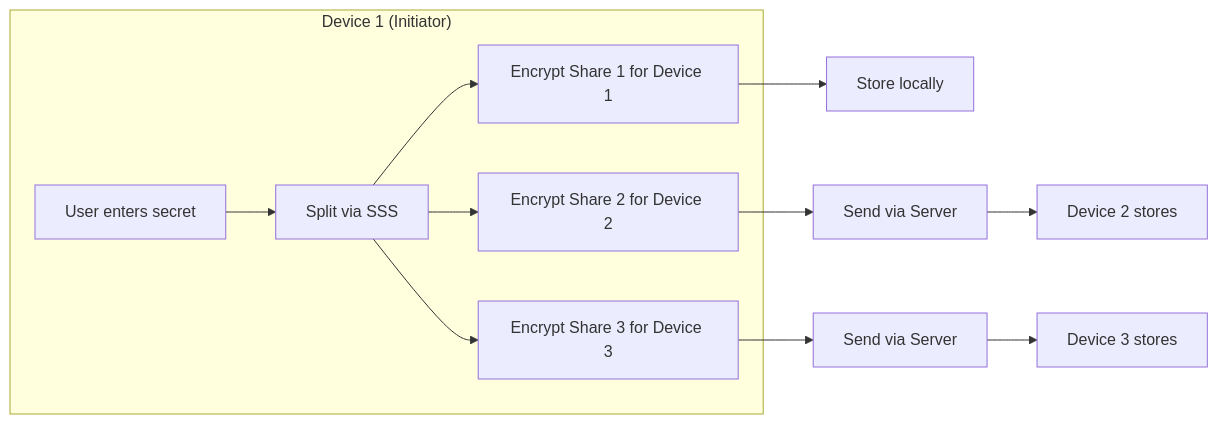
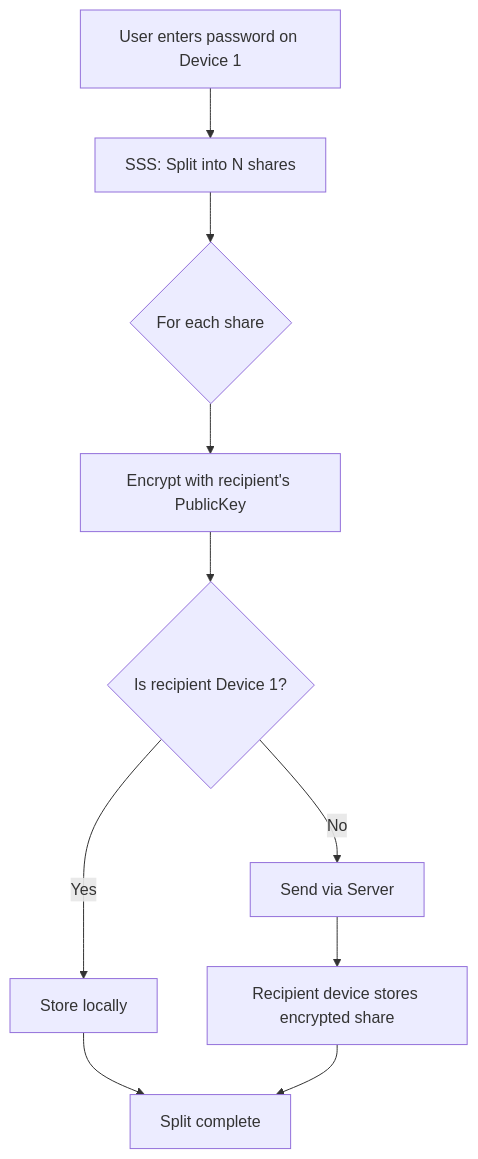
Before and after one commit to meta-secret/meta-secret-core: the fifth of 7 diagrams in docs/meta-secret-technical-presentation.md, drawn with Mermaid. The commit also changed other lines of this file, not shown here.

````diff
--- a/docs/meta-secret-technical-presentation.md
+++ b/docs/meta-secret-technical-presentation.md
@@ -271,16 +436,12 @@
 ```mermaid
-flowchart LR
-    subgraph "Device 1 (Initiator)"
-        A[User enters secret] --> B[Split via SSS]
-        B --> C[Encrypt Share 1 for Device 1]
-        B --> D[Encrypt Share 2 for Device 2]
-        B --> E[Encrypt Share 3 for Device 3]
-    end
-    
-    C --> F[Store locally]
-    D --> G[Send via Server]
-    E --> H[Send via Server]
-    
-    G --> I[Device 2 stores]
-    H --> J[Device 3 stores]
+flowchart TD
+    A[User enters password on Device 1] --> B[SSS: Split into N shares]
+    B --> C{For each share}
+    C --> D[Encrypt with recipient's PublicKey]
+    D --> E{Is recipient Device 1?}
+    E -->|Yes| F[Store locally]
+    E -->|No| G[Send via Server]
+    G --> H[Recipient device stores encrypted share]
+    F --> I[Split complete]
+    H --> I
 ```
````
